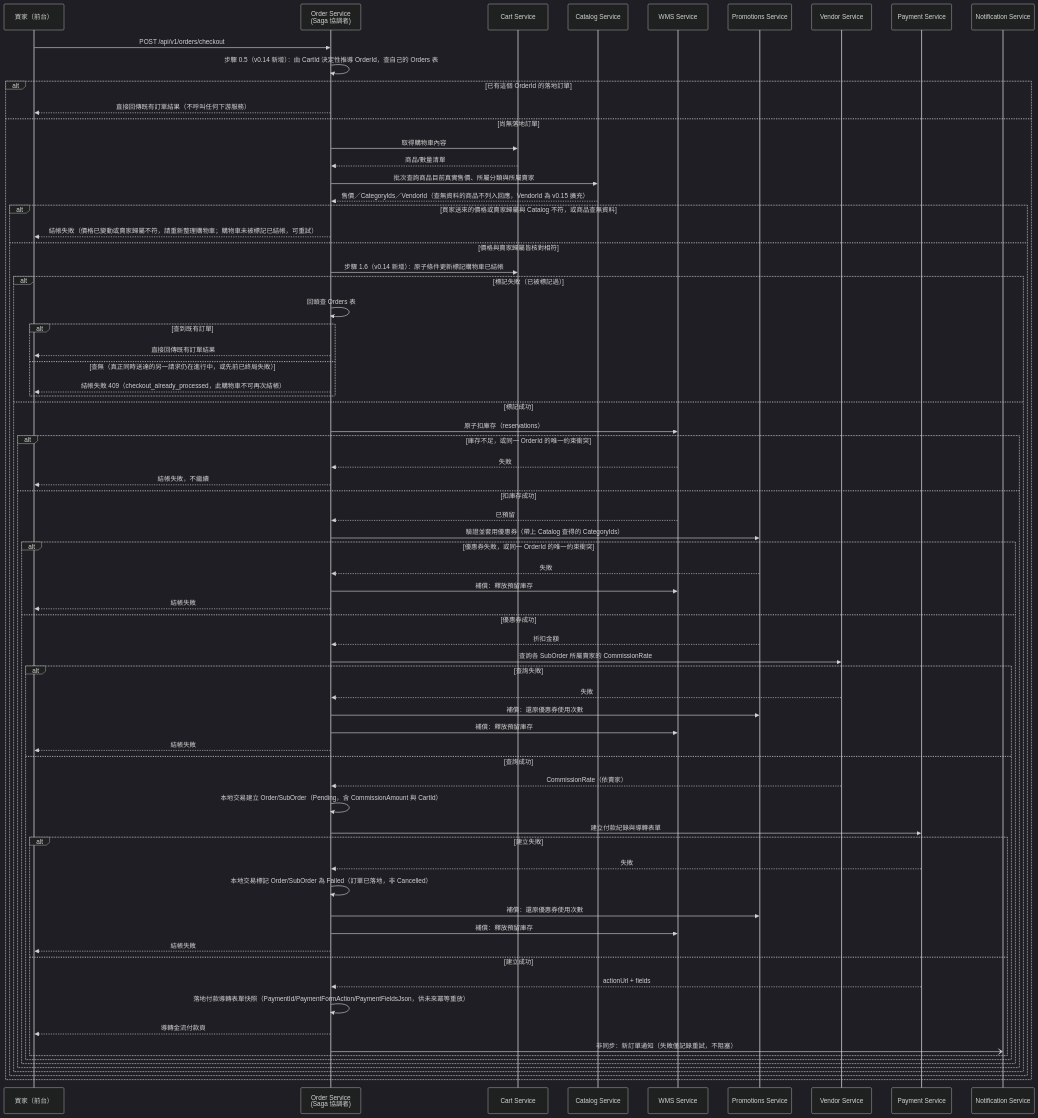
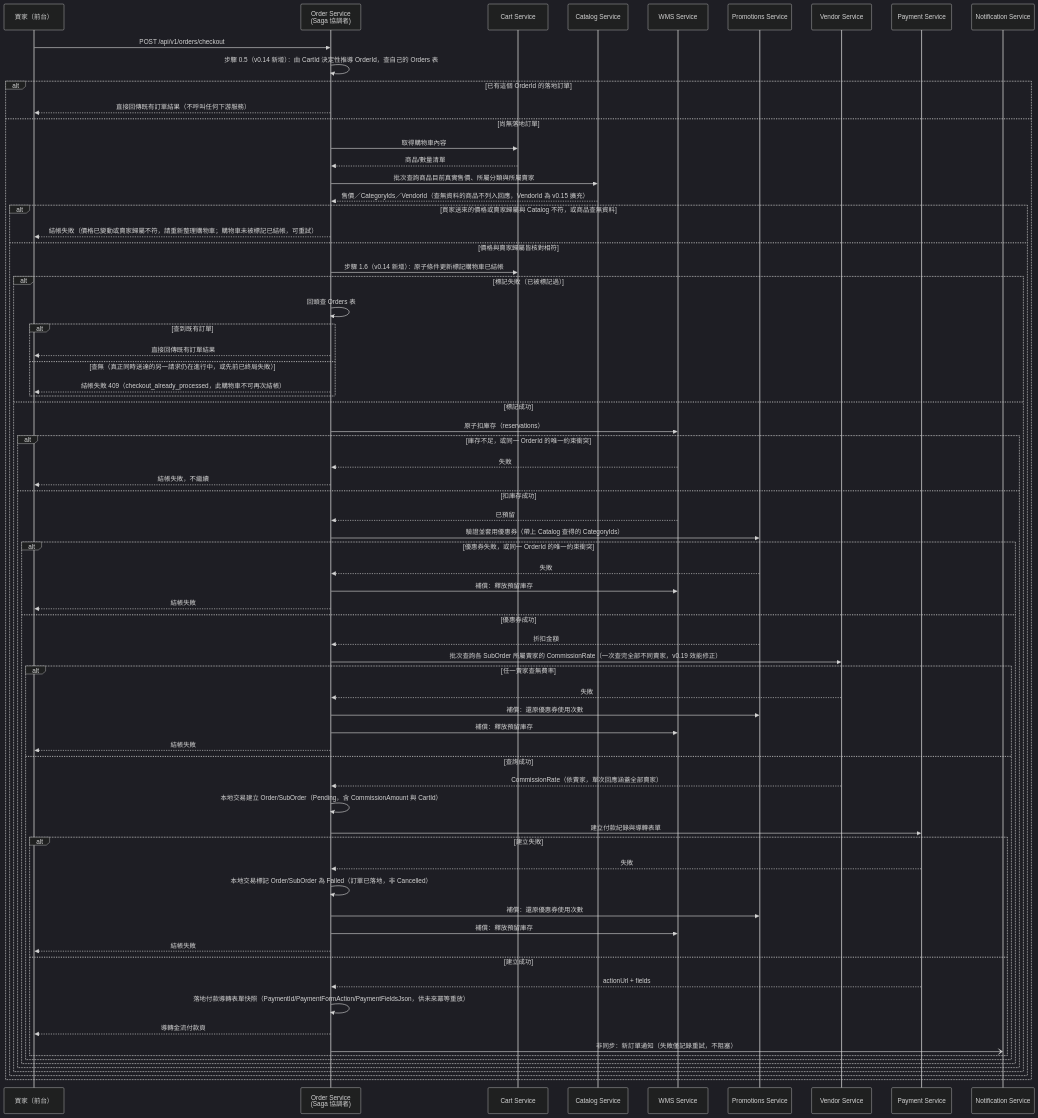
Before and after one commit to roycecole/suxo-shop-spec: the second of 2 diagrams in docs/17-service-order.md, drawn with Mermaid (dark theme). The commit also changed other lines of this file and 1 other file, not shown here.

Commit message:
docs: 14-service-vendor 新增批次抽成費率端點，17-service-order 同步結帳 Saga 步驟 4（14 v0.7、17 v0.19）
`ecommerce-services` 稽核發現結帳 Saga 步驟 4（查詢各賣家抽成費率）原本對購物車橫跨的每個
不同賣家逐一序列化呼叫 Vendor Service 的單筆端點 `GET .../{vendorId}/commission-rate`
（K 個不同賣家＝K 次序列化 HTTP 往返），且發生在步驟 2 WMS 已原子性預留庫存之後——每多一次
往返都拉長「庫存已鎖住但訂單尚未確定成立」的時間窗，購物車橫跨多個賣家（一張訂單拆多個
SubOrder）是本平台的常態情境，不是邊緣案例。已比照 12-service-catalog.md `products/batch`、
13-service-wms.md `inventory/batch` 既有批次端點慣例修正並實作。

14-service-vendor.md（v0.7）：§4 新增 `POST /internal/v1/vendor/commission-rates/batch`，
記錄批次語意（500 筆上限、查無資料的 VendorId 不出現在回應中、沿用既有單筆端點的
InternalOrderOnly Policy）。

17-service-order.md（v0.19）：§4 步驟清單第 4 項與循序圖同步更新為批次查詢；行為保持不變
——任一賣家查無抽成費率仍視為 `vendor_not_found` 業務性拒絕，觸發與修正前相同的補償鏈。

程式碼實作與測試見 ecommerce-services commit 231f0de（Vendor 33→38、Order 91→94 測試全數
通過）。

````diff
--- a/docs/17-service-order.md
+++ b/docs/17-service-order.md
@@ -132,75 +133,75 @@
 ```mermaid
 sequenceDiagram
     participant Buyer as 買家（前台）
     participant Order as Order Service<br/>(Saga 協調者)
     participant Cart as Cart Service
     participant Catalog as Catalog Service
     participant WMS as WMS Service
     participant Promo as Promotions Service
     participant Vendor as Vendor Service
     participant Pay as Payment Service
     participant Noti as Notification Service
 
     Buyer->>Order: POST /api/v1/orders/checkout
     Order->>Order: 步驟 0.5（v0.14 新增）：由 CartId 決定性推導 OrderId，查自己的 Orders 表
     alt 已有這個 OrderId 的落地訂單
         Order-->>Buyer: 直接回傳既有訂單結果（不呼叫任何下游服務）
     else 尚無落地訂單
         Order->>Cart: 取得購物車內容
         Cart-->>Order: 商品/數量清單
         Order->>Catalog: 批次查詢商品目前真實售價、所屬分類與所屬賣家
         Catalog-->>Order: 售價／CategoryIds／VendorId（查無資料的商品不列入回應，VendorId 為 v0.15 擴充）
         alt 買家送來的價格或賣家歸屬與 Catalog 不符，或商品查無資料
             Order-->>Buyer: 結帳失敗（價格已變動或賣家歸屬不符，請重新整理購物車；購物車未被標記已結帳，可重試）
         else 價格與賣家歸屬皆核對相符
             Order->>Cart: 步驟 1.6（v0.14 新增）：原子條件更新標記購物車已結帳
             alt 標記失敗（已被標記過）
                 Order->>Order: 回頭查 Orders 表
                 alt 查到既有訂單
                     Order-->>Buyer: 直接回傳既有訂單結果
                 else 查無（真正同時送達的另一請求仍在進行中，或先前已終局失敗）
                     Order-->>Buyer: 結帳失敗 409（checkout_already_processed，此購物車不可再次結帳）
                 end
             else 標記成功
                 Order->>WMS: 原子扣庫存（reservations）
                 alt 庫存不足，或同一 OrderId 的唯一約束衝突
                     WMS-->>Order: 失敗
                     Order-->>Buyer: 結帳失敗，不繼續
                 else 扣庫存成功
                     WMS-->>Order: 已預留
                     Order->>Promo: 驗證並套用優惠券（帶上 Catalog 查得的 CategoryIds）
                     alt 優惠券失敗，或同一 OrderId 的唯一約束衝突
                         Promo-->>Order: 失敗
                         Order->>WMS: 補償：釋放預留庫存
                         Order-->>Buyer: 結帳失敗
                     else 優惠券成功
                         Promo-->>Order: 折扣金額
-                        Order->>Vendor: 查詢各 SubOrder 所屬賣家的 CommissionRate
-                        alt 查詢失敗
+                        Order->>Vendor: 批次查詢各 SubOrder 所屬賣家的 CommissionRate（一次查完全部不同賣家，v0.19 效能修正）
+                        alt 任一賣家查無費率
                             Vendor-->>Order: 失敗
                             Order->>Promo: 補償：還原優惠券使用次數
                             Order->>WMS: 補償：釋放預留庫存
                             Order-->>Buyer: 結帳失敗
                         else 查詢成功
-                            Vendor-->>Order: CommissionRate（依賣家）
+                            Vendor-->>Order: CommissionRate（依賣家，單次回應涵蓋全部賣家）
                             Order->>Order: 本地交易建立 Order/SubOrder（Pending，含 CommissionAmount 與 CartId）
                             Order->>Pay: 建立付款紀錄與導轉表單
                             alt 建立失敗
                                 Pay-->>Order: 失敗
                                 Order->>Order: 本地交易標記 Order/SubOrder 為 Failed（訂單已落地，非 Cancelled）
                                 Order->>Promo: 補償：還原優惠券使用次數
                                 Order->>WMS: 補償：釋放預留庫存
                                 Order-->>Buyer: 結帳失敗
                             else 建立成功
                                 Pay-->>Order: actionUrl + fields
                                 Order->>Order: 落地付款導轉表單快照（PaymentId/PaymentFormAction/PaymentFieldsJson，供未來冪等重放）
                                 Order-->>Buyer: 導轉金流付款頁
                                 Order-)Noti: 非同步：新訂單通知（失敗僅記錄重試，不阻塞）
                             end
                         end
                     end
                 end
             end
         end
     end
 ```
````
